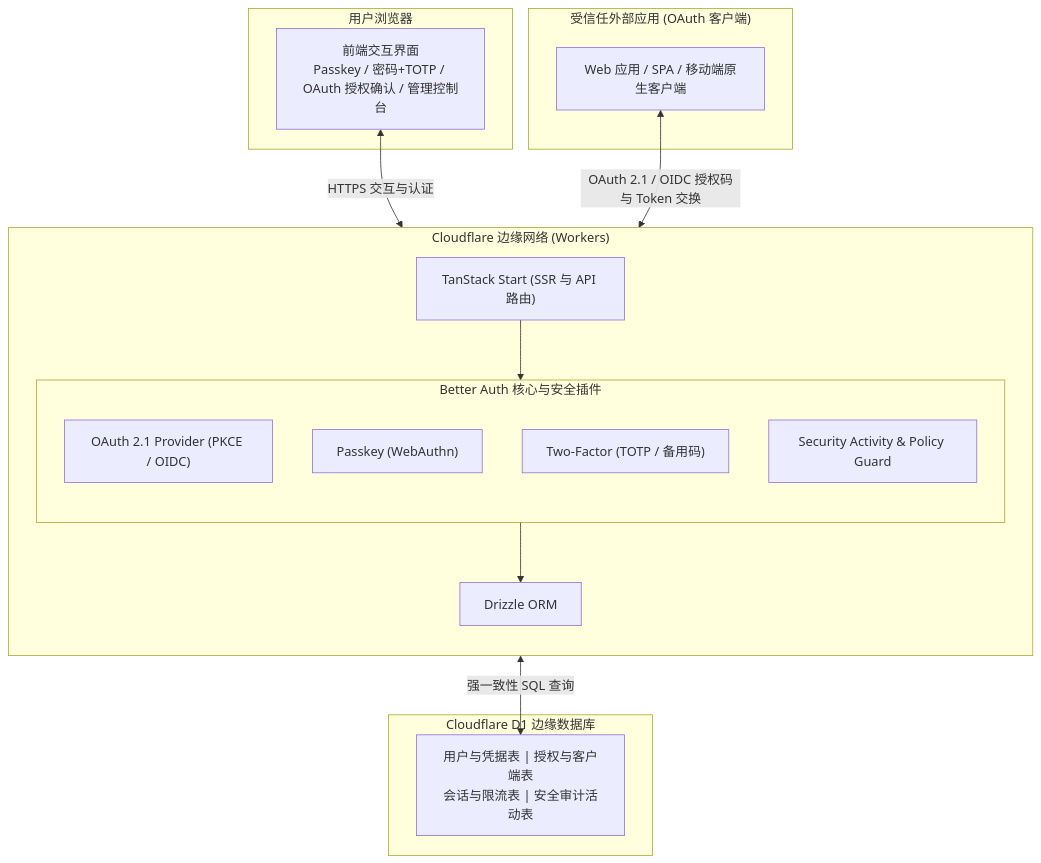
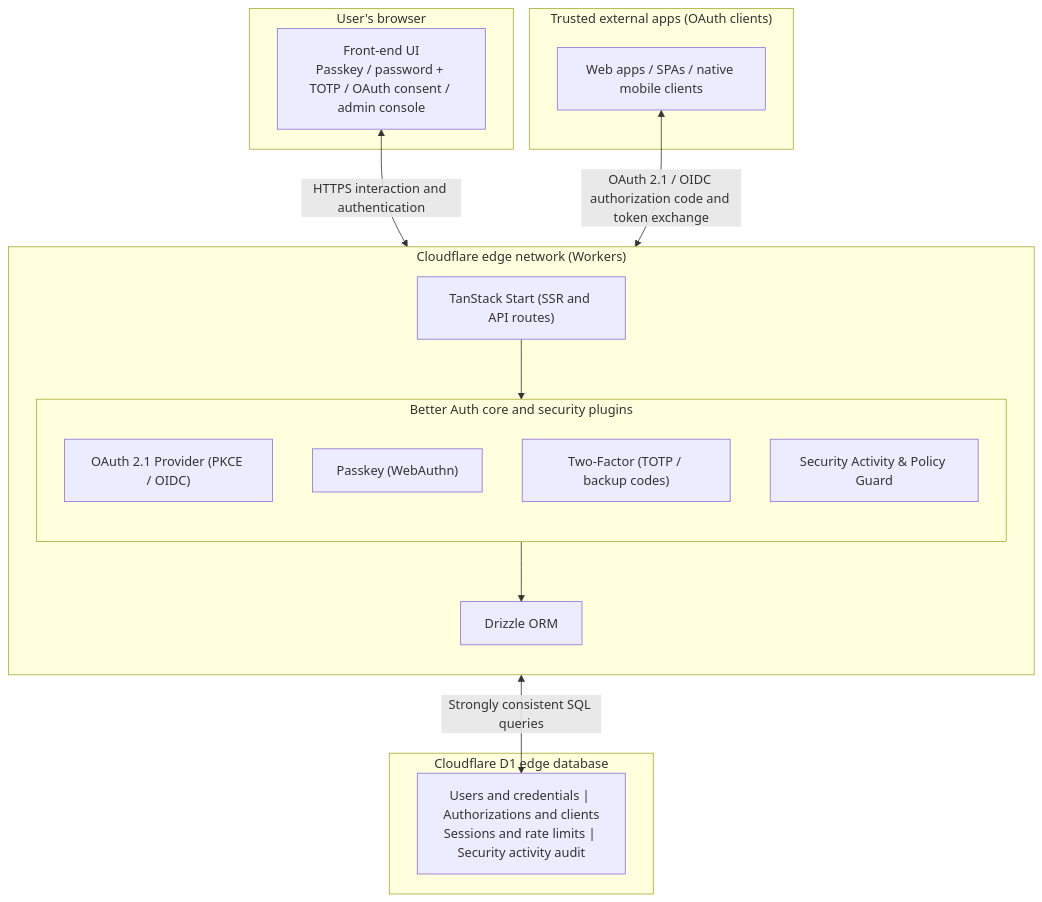
The first of 3 diagrams in src/content/posts/easy-auth.md (Jazee6/astro-blur), drawn with Mermaid before and after one commit. The commit also changed other lines of this file and 1 other file, not shown here.

Commit message:
docs(posts): translate the Easy Auth post and rewrite the Web Chat post in English

````diff
--- a/src/content/posts/easy-auth.md
+++ b/src/content/posts/easy-auth.md
@@ -35,35 +35,35 @@
 ```mermaid
 flowchart TD
-    subgraph Browser ["用户浏览器"]
-        ClientUI["前端交互界面<br/>Passkey / 密码+TOTP / OAuth 授权确认 / 管理控制台"]
+    subgraph Browser ["User's browser"]
+        ClientUI["Front-end UI<br/>Passkey / password + TOTP / OAuth consent / admin console"]
     end
 
-    subgraph Edge ["Cloudflare 边缘网络 (Workers)"]
+    subgraph Edge ["Cloudflare edge network (Workers)"]
         direction TB
-        SSR["TanStack Start (SSR 与 API 路由)"]
-        
-        subgraph AuthCore ["Better Auth 核心与安全插件"]
+        SSR["TanStack Start (SSR and API routes)"]
+
+        subgraph AuthCore ["Better Auth core and security plugins"]
             direction TB
             OIDC["OAuth 2.1 Provider (PKCE / OIDC)"]
             PasskeyMod["Passkey (WebAuthn)"]
-            TwoFactorMod["Two-Factor (TOTP / 备用码)"]
+            TwoFactorMod["Two-Factor (TOTP / backup codes)"]
             AdminGuard["Security Activity & Policy Guard"]
         end
 
         Drizzle["Drizzle ORM"]
         SSR --> AuthCore
         AuthCore --> Drizzle
     end
 
-    subgraph Storage ["Cloudflare D1 边缘数据库"]
-        D1Tables["用户与凭据表 | 授权与客户端表<br/>会话与限流表 | 安全审计活动表"]
+    subgraph Storage ["Cloudflare D1 edge database"]
+        D1Tables["Users and credentials | Authorizations and clients<br/>Sessions and rate limits | Security activity audit"]
     end
 
-    subgraph Apps ["受信任外部应用 (OAuth 客户端)"]
-        ExternalApp["Web 应用 / SPA / 移动端原生客户端"]
+    subgraph Apps ["Trusted external apps (OAuth clients)"]
+        ExternalApp["Web apps / SPAs / native mobile clients"]
     end
 
-    ClientUI <-->|HTTPS 交互与认证| SSR
-    Drizzle <-->|强一致性 SQL 查询| D1Tables
-    ExternalApp <-->|OAuth 2.1 / OIDC 授权码与 Token 交换| SSR
+    ClientUI <-->|HTTPS interaction and authentication| SSR
+    Drizzle <-->|Strongly consistent SQL queries| D1Tables
+    ExternalApp <-->|OAuth 2.1 / OIDC authorization code and token exchange| SSR
 ```
````
